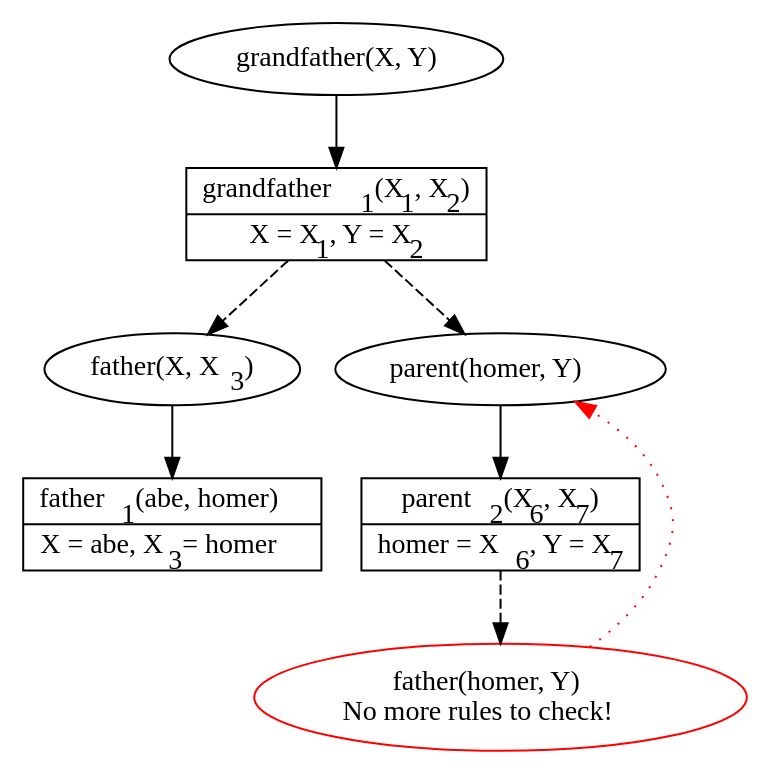
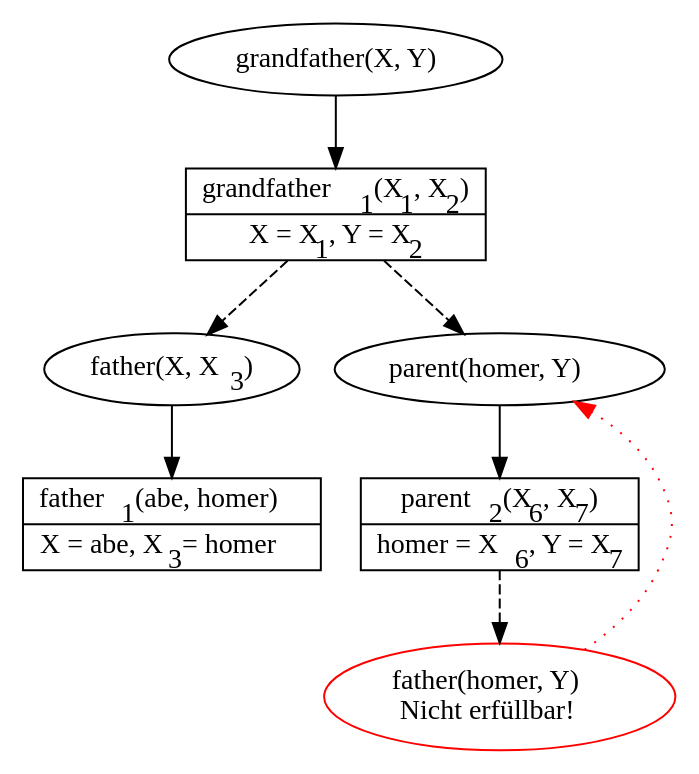
One commit to pbrinkmeier/viper changed the diagram in Documentation/Pflichtenheft/image/visualisation/14_father_backtrack.gv. Above: the diagram before and after it, drawn with Graphviz. The commit also changed 12 other files, not shown here.

```diff
--- a/Documentation/Pflichtenheft/image/visualisation/14_father_backtrack.gv
+++ b/Documentation/Pflichtenheft/image/visualisation/14_father_backtrack.gv
@@ -1,43 +1,43 @@
 digraph VIPER_visualization_root {
     node [fontname = "Fira Mono"];
 
     root [label = "grandfather(X, Y)"];
     root_success [
         // enables having multiple boxes inside a node
         shape = record,
         // using < and > instead of quotes for delimiting a label makes it possible to use (a subset of) HTML in it
         // { A | B } makes A and B be in two separate boxes stacked on top of each other
         label = <{grandfather<sub>1</sub>(X<sub>1</sub>, X<sub>2</sub>)|X = X<sub>1</sub>, Y = X<sub>2</sub>}>
     ];
     subgoal1 [label = <father(X, X<sub>3</sub>)>];
     subgoal2 [label = <parent(homer, Y)>];
     subgoal1_success [
         shape = record,
         label = <{father<sub>1</sub>(abe, homer)|X = abe, X<sub>3</sub> = homer}>
     ];
     subgoal2_success [
         shape = record,
         label = <{parent<sub>2</sub>(X<sub>6</sub>, X<sub>7</sub>)|homer = X<sub>6</sub>, Y = X<sub>7</sub>}>
     ];
     subgoal2_success_father [
         color = red,
-        label = <father(homer, Y)<br />No more rules to check!>
+        label = <father(homer, Y)<br />Nicht erfüllbar!>
     ];
 
     // this ensures that subgoal1 is always left of subgoal2
     // and that they are always on the same level
     // try commenting the rank = same line and see what happens
     {rank = same; subgoal1; subgoal2}
     subgoal1 -> subgoal2 [style = invis];
 
     root -> root_success;
     root_success -> subgoal1 [style = dashed];
     root_success -> subgoal2 [style = dashed];
     subgoal1 -> subgoal1_success;
     subgoal2 -> subgoal2_success;
     subgoal2_success -> subgoal2_success_father [style = dashed];
     // constraint = false ignores any rank constraints added by this edge
     // without disabling it, graphviz might try to arrange this node halfway
     // between the two nodes connected to it
     subgoal2_success_father -> subgoal2 [style = dotted, color = red, constraint = false];
 }
```
